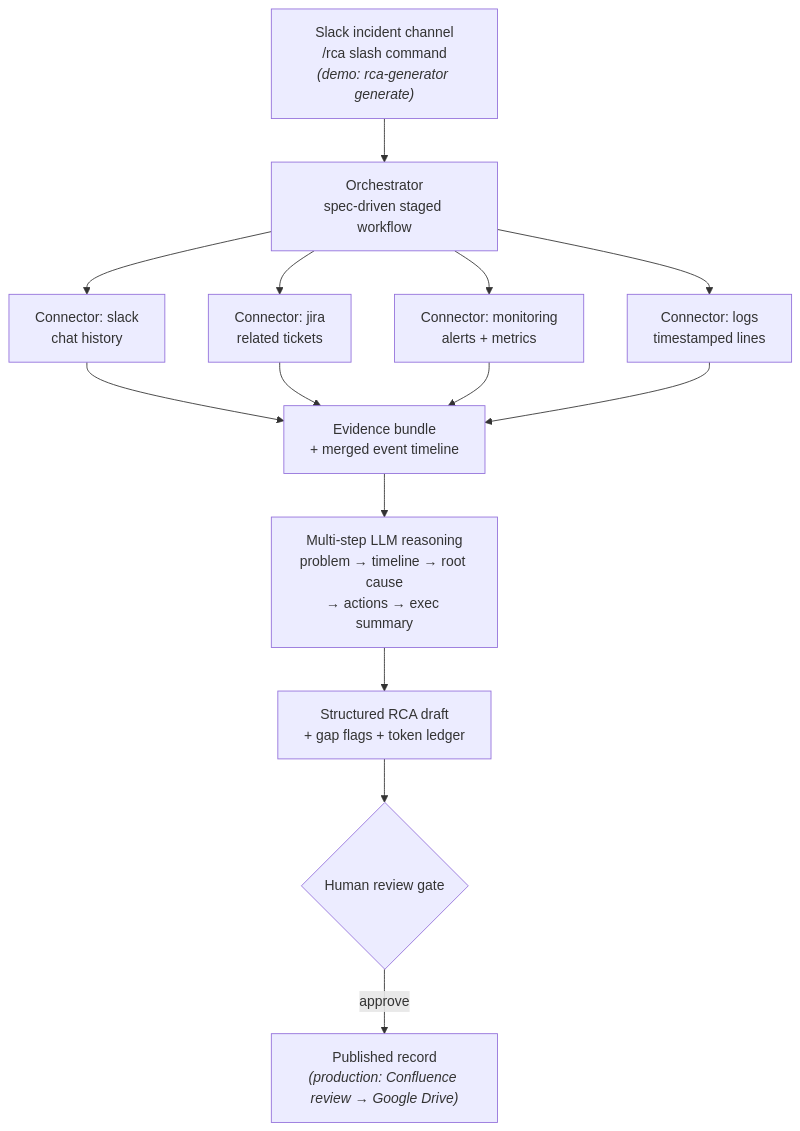
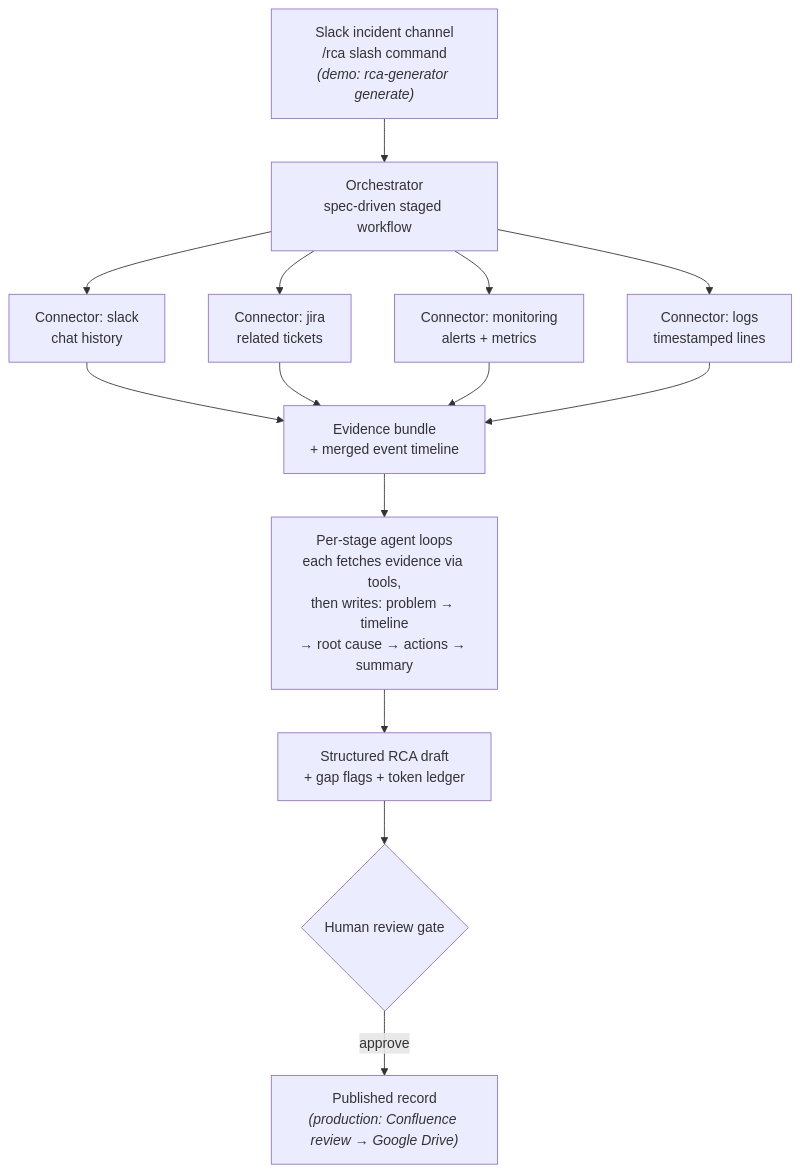
Before and after one commit to somasundarv/rca-generator: the diagram in README.md, drawn with Mermaid. The commit also changed other lines of this file and 7 other files, not shown here.

First line of the commit message:
feat: make each stage a tool-use agent loop

````diff
--- a/README.md
+++ b/README.md
@@ -20,13 +20,13 @@
 ```mermaid
 flowchart TD
     A["Slack incident channel<br/>/rca slash command<br/><i>(demo: rca-generator generate)</i>"] --> B["Orchestrator<br/>spec-driven staged workflow"]
     B --> C1["Connector: slack<br/>chat history"]
     B --> C2["Connector: jira<br/>related tickets"]
     B --> C3["Connector: monitoring<br/>alerts + metrics"]
     B --> C4["Connector: logs<br/>timestamped lines"]
     C1 & C2 & C3 & C4 --> D["Evidence bundle<br/>+ merged event timeline"]
-    D --> E["Multi-step LLM reasoning<br/>problem → timeline → root cause<br/>→ actions → exec summary"]
+    D --> E["Per-stage agent loops<br/>each fetches evidence via tools,<br/>then writes: problem → timeline<br/>→ root cause → actions → summary"]
     E --> F["Structured RCA draft<br/>+ gap flags + token ledger"]
     F --> G{"Human review gate"}
     G -->|approve| H["Published record<br/><i>(production: Confluence review → Google Drive)</i>"]
 ```
````
